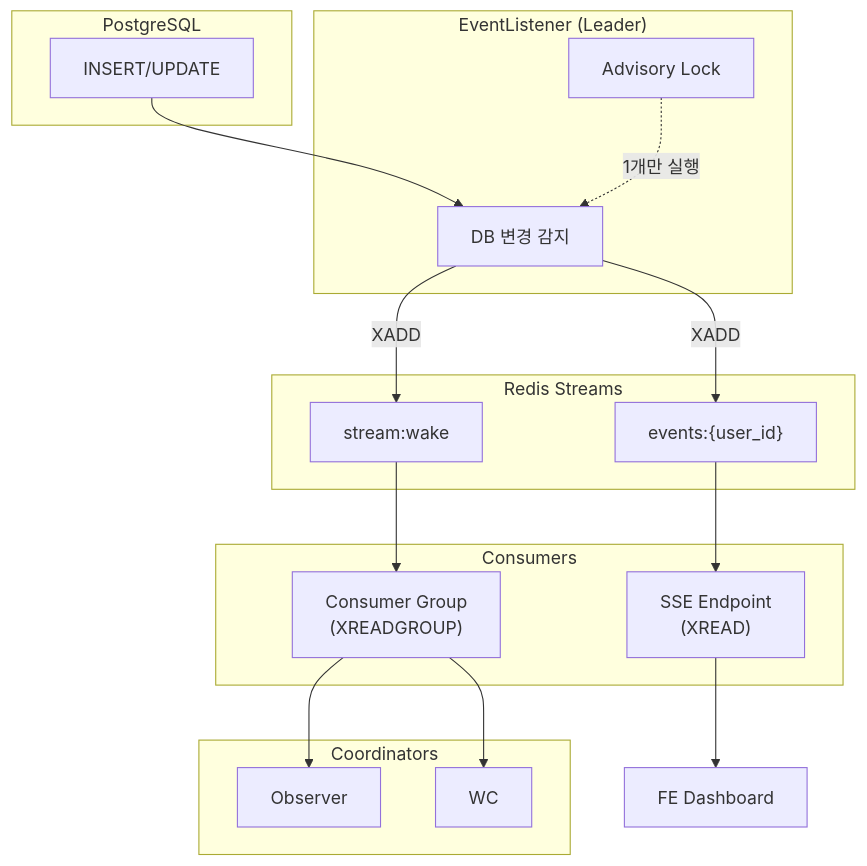
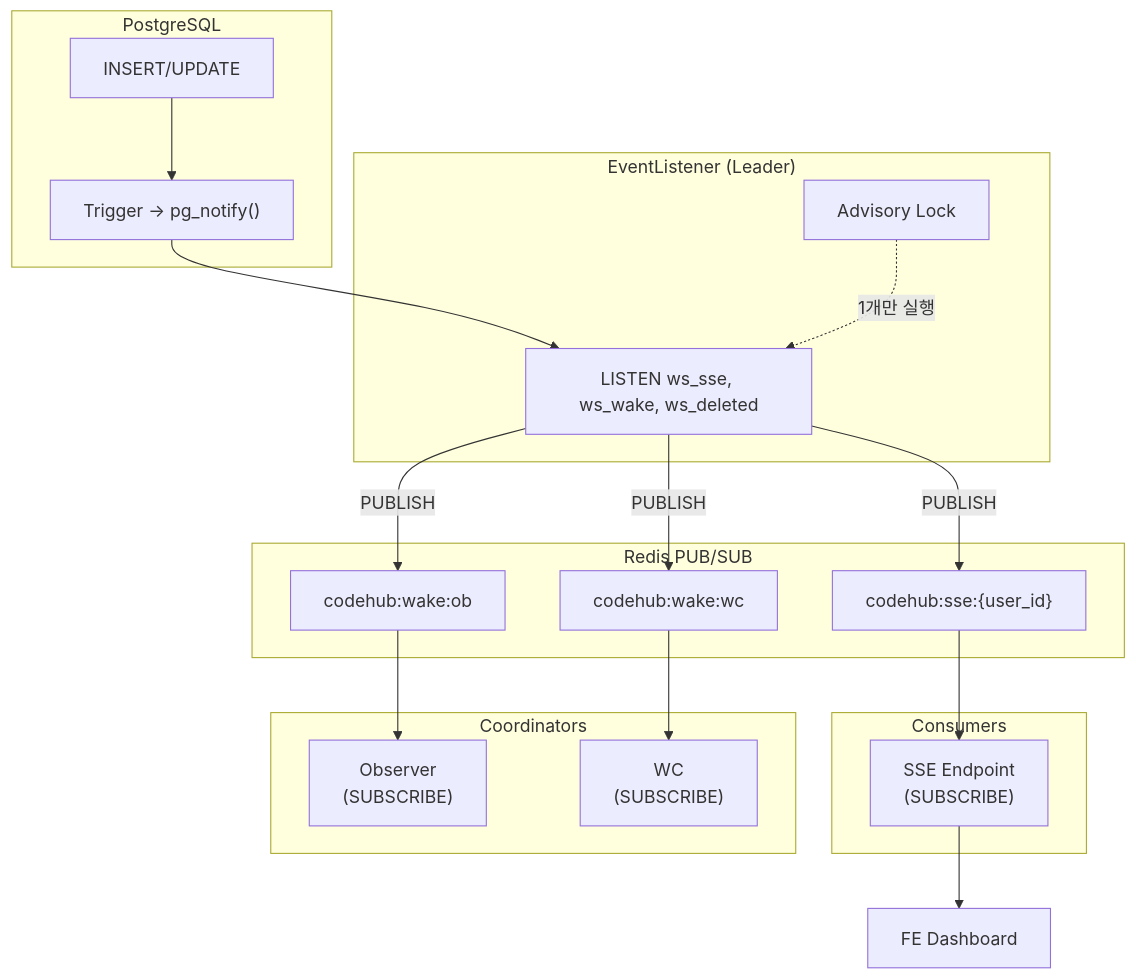
One commit to cagojeiger/code-hub changed the first of 4 diagrams in docs/architecture/event-listener.md. Above: the diagram before and after it, drawn with Mermaid. The commit also changed other lines of this file and 12 other files, not shown here.

````diff
--- a/docs/architecture/event-listener.md
+++ b/docs/architecture/event-listener.md
@@ -15,40 +15,42 @@
 ```mermaid
 flowchart TB
     subgraph DB["PostgreSQL"]
         Change["INSERT/UPDATE"]
+        Trigger["Trigger → pg_notify()"]
     end
 
     subgraph EventListener["EventListener (Leader)"]
-        EL["DB 변경 감지"]
+        EL["LISTEN ws_sse, ws_wake, ws_deleted"]
         Lock["Advisory Lock"]
     end
 
-    subgraph Redis["Redis Streams"]
-        events["events:{user_id}"]
-        wake["stream:wake"]
+    subgraph Redis["Redis PUB/SUB"]
+        sse["codehub:sse:{user_id}"]
+        wake_ob["codehub:wake:ob"]
+        wake_wc["codehub:wake:wc"]
     end
 
     subgraph Consumers["Consumers"]
-        SSE["SSE Endpoint<br/>(XREAD)"]
-        CG["Consumer Group<br/>(XREADGROUP)"]
+        SSE["SSE Endpoint<br/>(SUBSCRIBE)"]
     end
 
     subgraph Coordinators["Coordinators"]
-        OB["Observer"]
-        WC["WC"]
+        OB["Observer<br/>(SUBSCRIBE)"]
+        WC["WC<br/>(SUBSCRIBE)"]
     end
 
     FE["FE Dashboard"]
 
-    Change --> EL
+    Change --> Trigger
+    Trigger --> EL
     Lock -.->|"1개만 실행"| EL
-    EL -->|"XADD"| events
-    EL -->|"XADD"| wake
+    EL -->|"PUBLISH"| sse
+    EL -->|"PUBLISH"| wake_ob
+    EL -->|"PUBLISH"| wake_wc
 
-    events --> SSE
-    wake --> CG
-    CG --> OB
-    CG --> WC
+    sse --> SSE
+    wake_ob --> OB
+    wake_wc --> WC
 
     SSE --> FE
 ```
````
